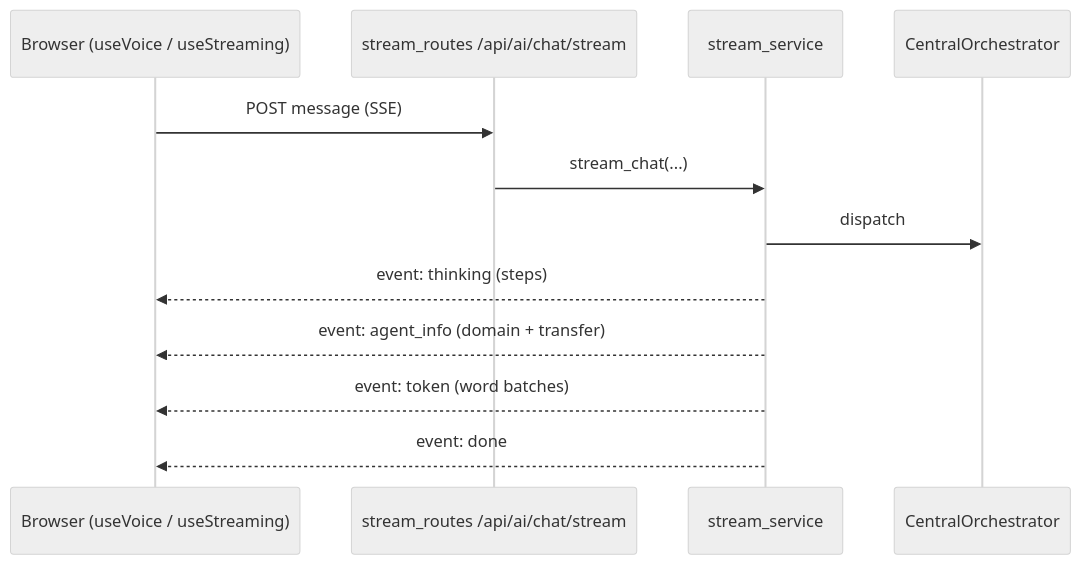
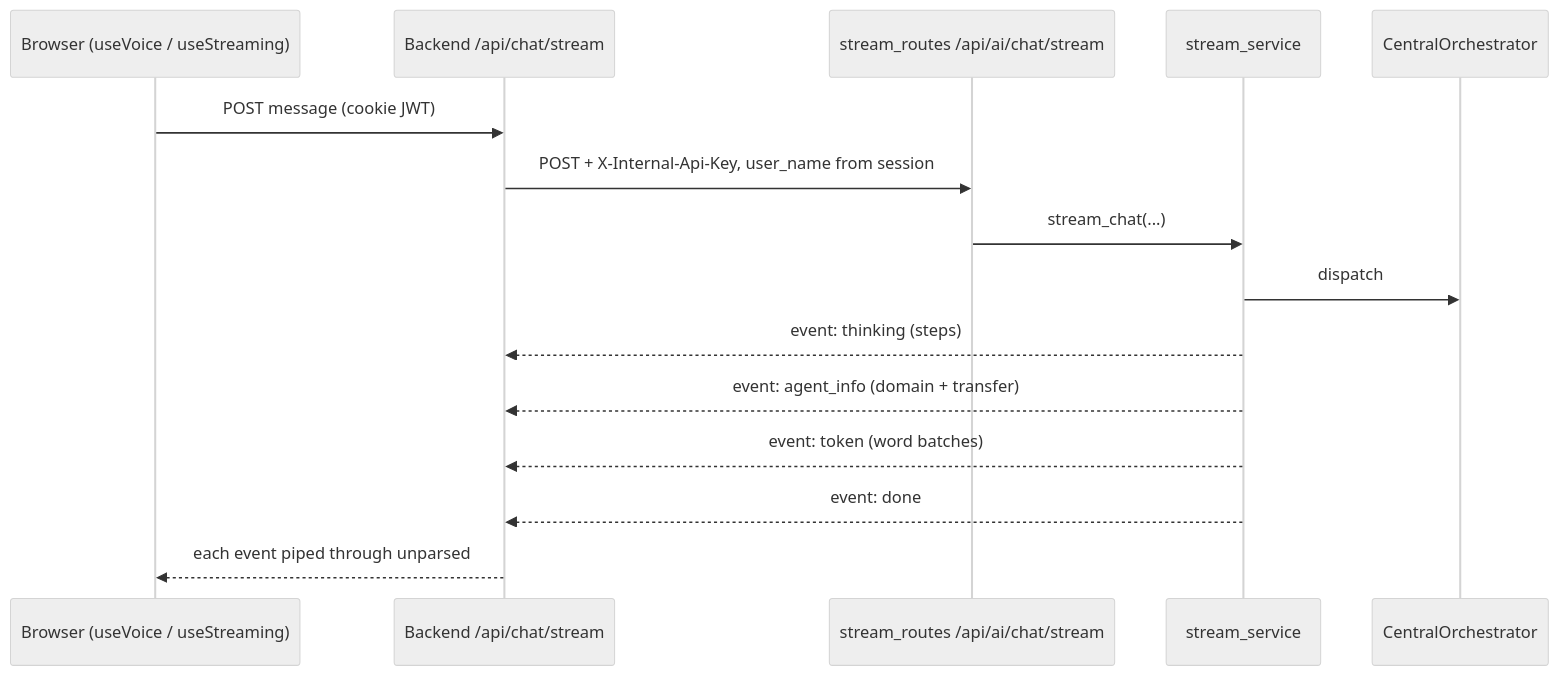
Before and after one commit to srinivaspanneerlm-cyber/Aegis-Insurance-Agent: the seventh of 9 diagrams in ARCHITECTURE.md, drawn with Mermaid (neutral theme). The commit also changed other lines of this file and 4 other files, not shown here.

````diff
--- a/ARCHITECTURE.md
+++ b/ARCHITECTURE.md
@@ -298,15 +305,18 @@
 ```mermaid
 sequenceDiagram
     participant B as Browser (useVoice / useStreaming)
+    participant BE as Backend /api/chat/stream
     participant SR as stream_routes /api/ai/chat/stream
     participant SS as stream_service
     participant CO as CentralOrchestrator
 
-    B->>SR: POST message (SSE)
+    B->>BE: POST message (cookie JWT)
+    BE->>SR: POST + X-Internal-Api-Key, user_name from session
     SR->>SS: stream_chat(...)
     SS->>CO: dispatch
-    SS-->>B: event: thinking (steps)
-    SS-->>B: event: agent_info (domain + transfer)
-    SS-->>B: event: token (word batches)
-    SS-->>B: event: done
+    SS-->>BE: event: thinking (steps)
+    SS-->>BE: event: agent_info (domain + transfer)
+    SS-->>BE: event: token (word batches)
+    SS-->>BE: event: done
+    BE-->>B: each event piped through unparsed
 ```
````
